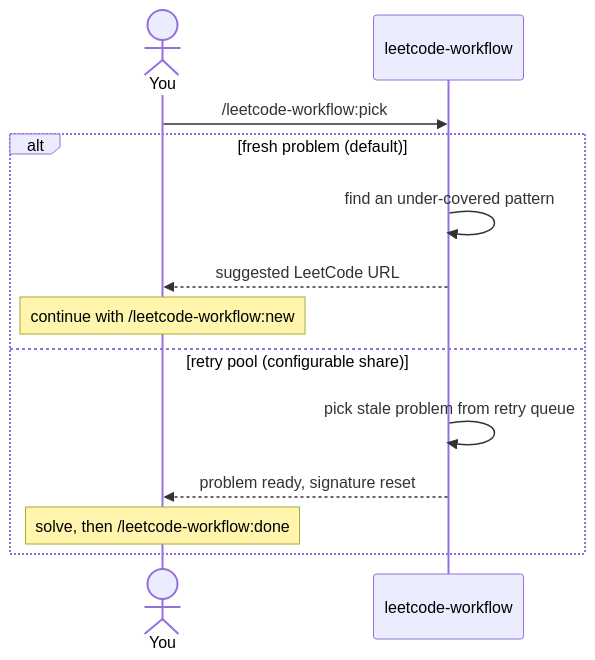
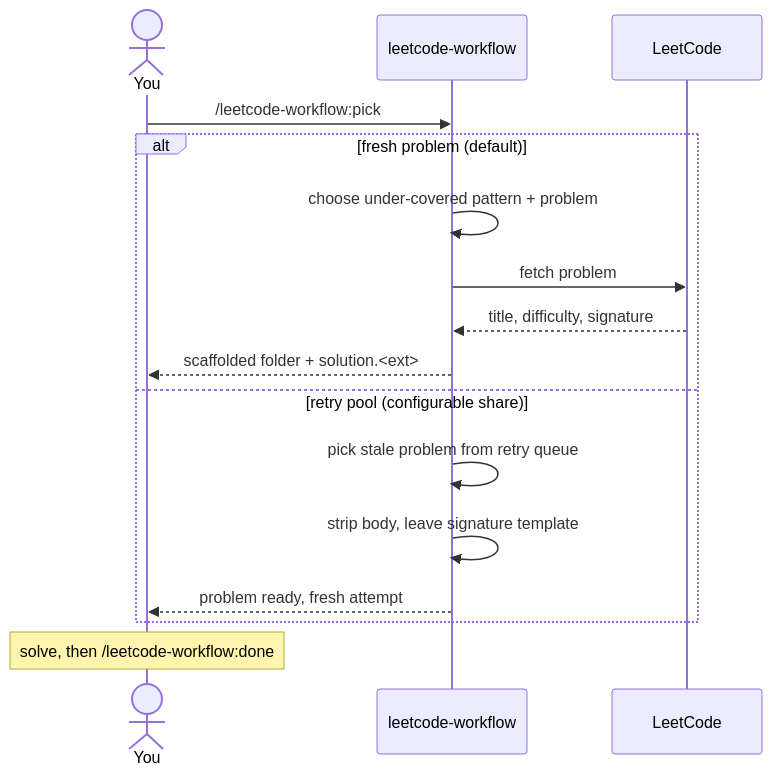
One commit to lazyexpert/leetcode-workflow changed the second of 3 diagrams in README.md. Above: the diagram before and after it, drawn with Mermaid. The commit also changed other lines of this file, not shown here.

Commit message:
docs: fix /pick diagram — it chains new/retry internally (#3)
Earlier version showed user invoking /new after /pick suggested a URL.
Verified by manual test: /pick is end-to-end — both branches end with
the user ready to solve. Added LC participant to the fresh-problem
branch and unified the closing 'solve, then /done' note across both.

````diff
--- a/README.md
+++ b/README.md
@@ -80,16 +80,19 @@
 ```mermaid
 sequenceDiagram
     actor You
     participant Plugin as leetcode-workflow
+    participant LC as LeetCode
 
     You->>Plugin: /leetcode-workflow:pick
     alt fresh problem (default)
-        Plugin->>Plugin: find an under-covered pattern
-        Plugin-->>You: suggested LeetCode URL
-        Note over You: continue with /leetcode-workflow:new
+        Plugin->>Plugin: choose under-covered pattern + problem
+        Plugin->>LC: fetch problem
+        LC-->>Plugin: title, difficulty, signature
+        Plugin-->>You: scaffolded folder + solution.<ext>
     else retry pool (configurable share)
         Plugin->>Plugin: pick stale problem from retry queue
-        Plugin-->>You: problem ready, signature reset
-        Note over You: solve, then /leetcode-workflow:done
+        Plugin->>Plugin: strip body, leave signature template
+        Plugin-->>You: problem ready, fresh attempt
     end
+    Note over You: solve, then /leetcode-workflow:done
 ```
````
